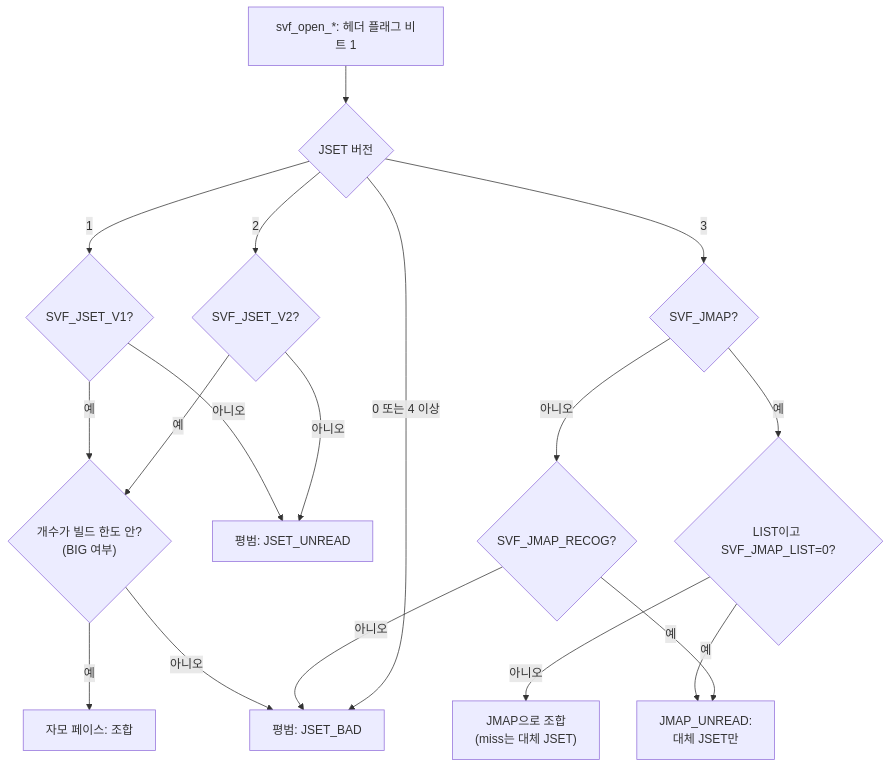
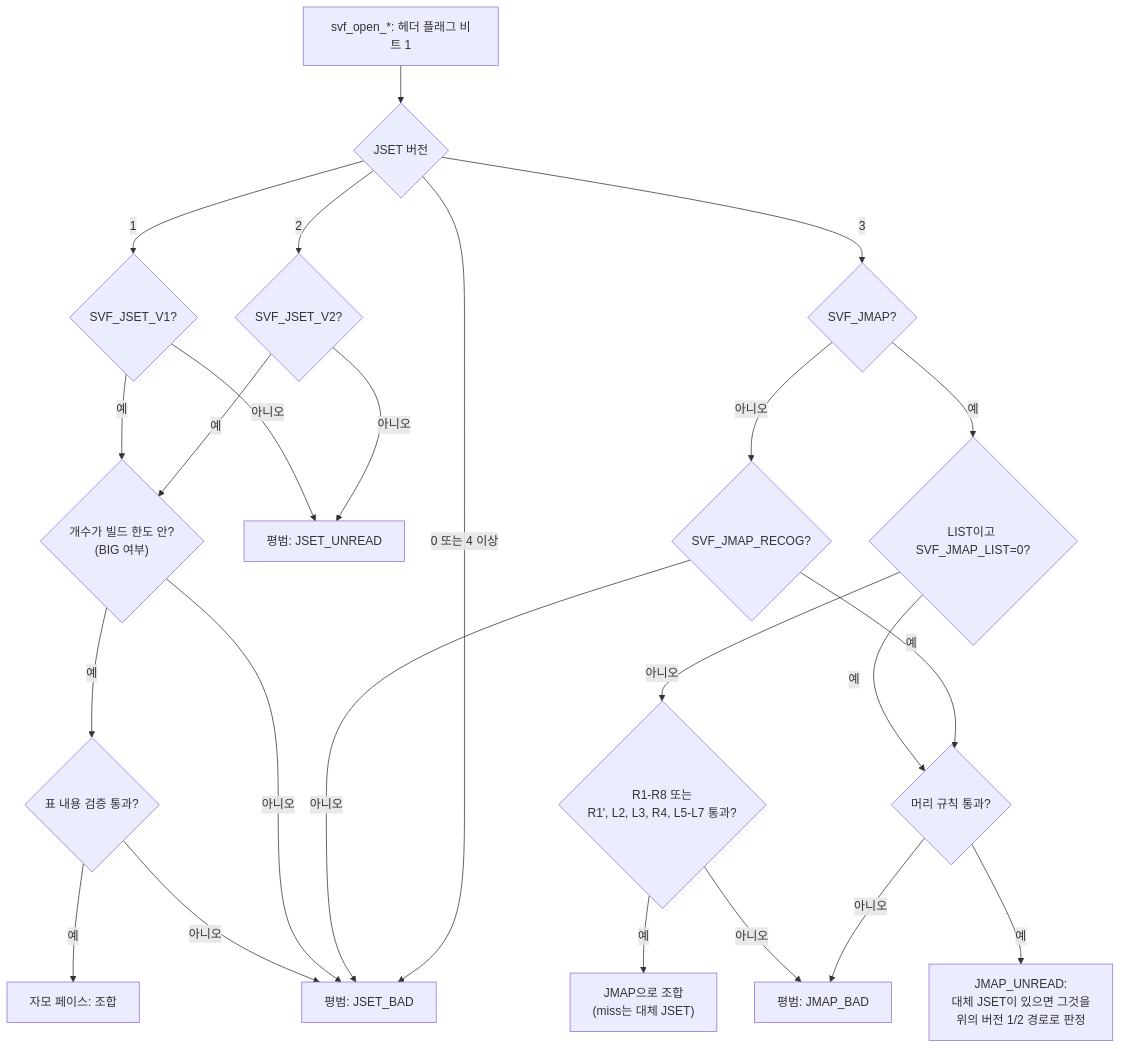
Diagram 23 of 26 in docs/jamo-sets.ko.md (TaehyunKimLL/svf-fonts-open), drawn with Mermaid before and after one commit. The commit also changed other lines of this file and 1 other file, not shown here.

````diff
--- a/docs/jamo-sets.ko.md
+++ b/docs/jamo-sets.ko.md
@@ -996,20 +1029,26 @@
 ```mermaid
 flowchart TD
   O["svf_open_*: 헤더 플래그 비트 1"] --> V{"JSET 버전"}
   V -->|1| A{"SVF_JSET_V1?"}
   A -->|예| A2{"개수가 빌드 한도 안?<br/>(BIG 여부)"}
-  A2 -->|예| OK["자모 페이스: 조합"]
+  A2 -->|예| A3{"표 내용 검증 통과?"}
+  A3 -->|예| OK["자모 페이스: 조합"]
+  A3 -->|아니오| BAD
   A2 -->|아니오| BAD["평범: JSET_BAD"]
   A -->|아니오| UN["평범: JSET_UNREAD"]
   V -->|2| B{"SVF_JSET_V2?"}
   B -->|예| A2
   B -->|아니오| UN
   V -->|3| C{"SVF_JMAP?"}
   C -->|예| C2{"LIST이고 SVF_JMAP_LIST=0?"}
-  C2 -->|아니오| OK2["JMAP으로 조합<br/>(miss는 대체 JSET)"]
-  C2 -->|예| UNR["JMAP_UNREAD:<br/>대체 JSET만"]
+  C2 -->|아니오| C3{"R1-R8 또는<br/>R1', L2, L3, R4, L5-L7 통과?"}
+  C3 -->|예| OK2["JMAP으로 조합<br/>(miss는 대체 JSET)"]
+  C3 -->|아니오| JB["평범: JMAP_BAD"]
+  C2 -->|예| H{"머리 규칙 통과?"}
   C -->|아니오| D{"SVF_JMAP_RECOG?"}
-  D -->|예| UNR
+  D -->|예| H
   D -->|아니오| BAD
+  H -->|예| UNR["JMAP_UNREAD:<br/>대체 JSET이 있으면 그것을<br/>위의 버전 1/2 경로로 판정"]
+  H -->|아니오| JB
   V -->|0 또는 4 이상| BAD
 ```
````
